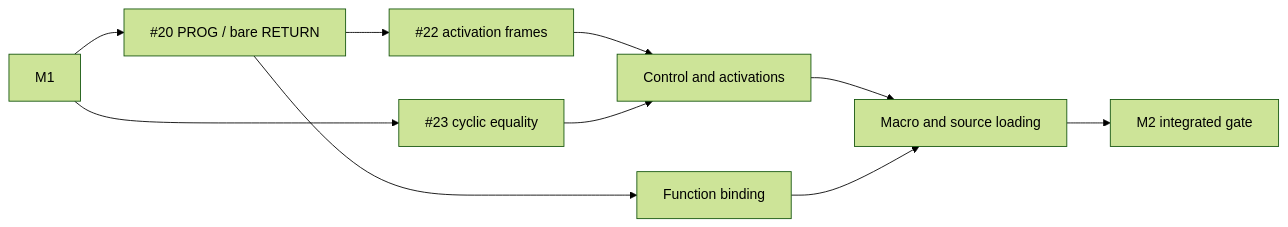
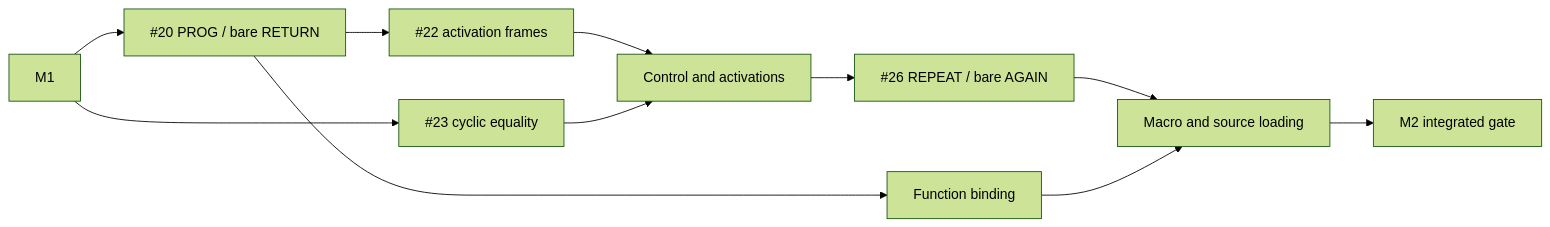
One commit to quaat/mdl-racket changed the second of 2 diagrams in docs/PLAN.md. Above: the diagram before and after it, drawn with Mermaid (forest theme). The commit also changed other lines of this file and 12 other files, not shown here.

Commit message:
Implement unnamed M2 REPEAT and bare AGAIN

````diff
--- a/docs/PLAN.md
+++ b/docs/PLAN.md
@@ -101,12 +102,13 @@
 ```mermaid
 flowchart LR
   M1 --> I20["#20 PROG / bare RETURN"]
   I20 --> I22["#22 activation frames"]
   M1 --> I23["#23 cyclic equality"]
   I22 --> C["Control and activations"]
   I23 --> C
+  C --> I26["#26 REPEAT / bare AGAIN"]
   I20 --> F["Function binding"]
-  C --> L["Macro and source loading"]
+  I26 --> L["Macro and source loading"]
   F --> L
   L --> G["M2 integrated gate"]
 ```
````
